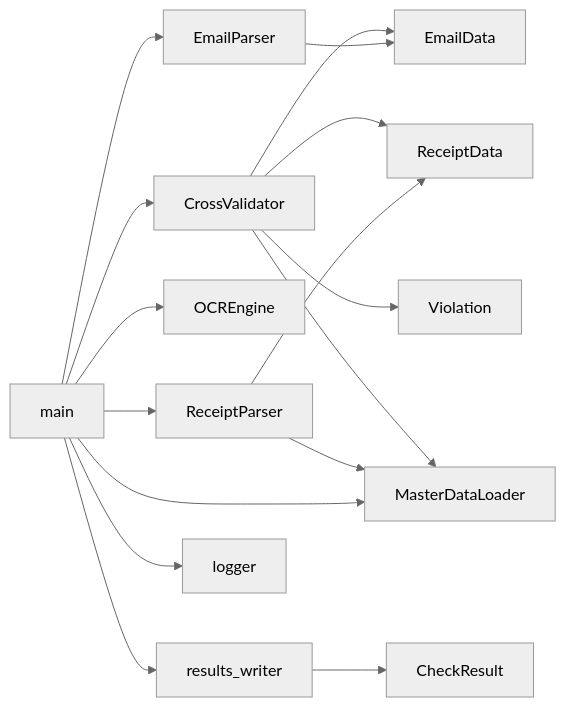
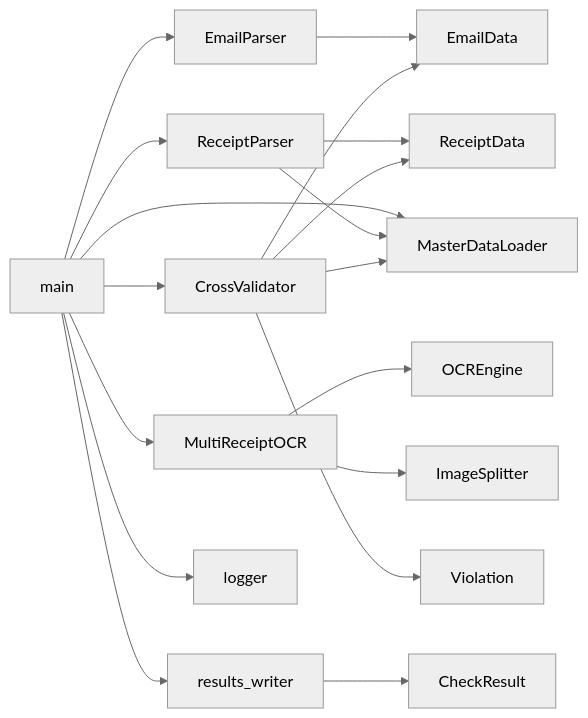
The second of 2 diagrams in docs/GUIDE.md (chanwookkim79/CreditCardVerifier), drawn with Mermaid (neutral theme) before and after one commit. The commit also changed other lines of this file and 9 other files, not shown here.

````diff
--- a/docs/GUIDE.md
+++ b/docs/GUIDE.md
@@ -177,19 +183,22 @@
 ```mermaid
 graph LR
     main --> EmailParser
     main --> ReceiptParser
-    main --> OCREngine
+    main --> MultiReceiptOCR
     main --> CrossValidator
     main --> results_writer
     main --> logger
     main --> MasterDataLoader
+
+    MultiReceiptOCR --> OCREngine
+    MultiReceiptOCR --> ImageSplitter
 
     EmailParser --> EmailData
     ReceiptParser --> ReceiptData
     ReceiptParser --> MasterDataLoader
     CrossValidator --> EmailData
     CrossValidator --> ReceiptData
     CrossValidator --> Violation
     CrossValidator --> MasterDataLoader
     results_writer --> CheckResult
 ```
````
